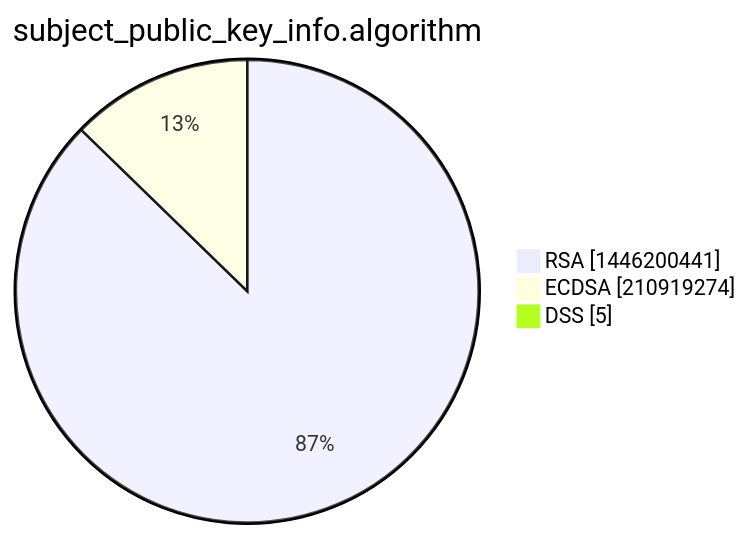
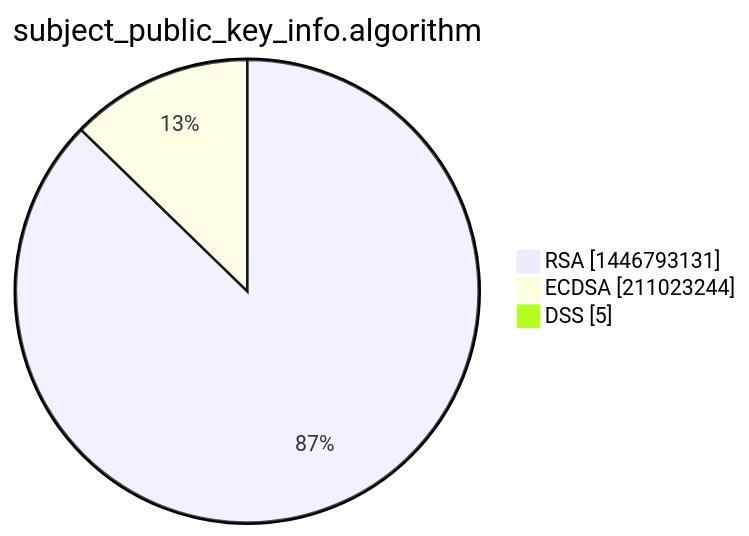
Before and after one commit to christiankrug/ctmonitor_visualization: the third of 15 diagrams in xenon2022/README.md, drawn with Mermaid. The commit also changed other lines of this file, not shown here.

````diff
--- a/xenon2022/README.md
+++ b/xenon2022/README.md
@@ -14,7 +14,7 @@
 ```mermaid
 pie showData
 title subject_public_key_info.algorithm
-"RSA" :1446200441
-"ECDSA" :210919274
+"RSA" :1446793131
+"ECDSA" :211023244
 "DSS" :5
 ```
````
